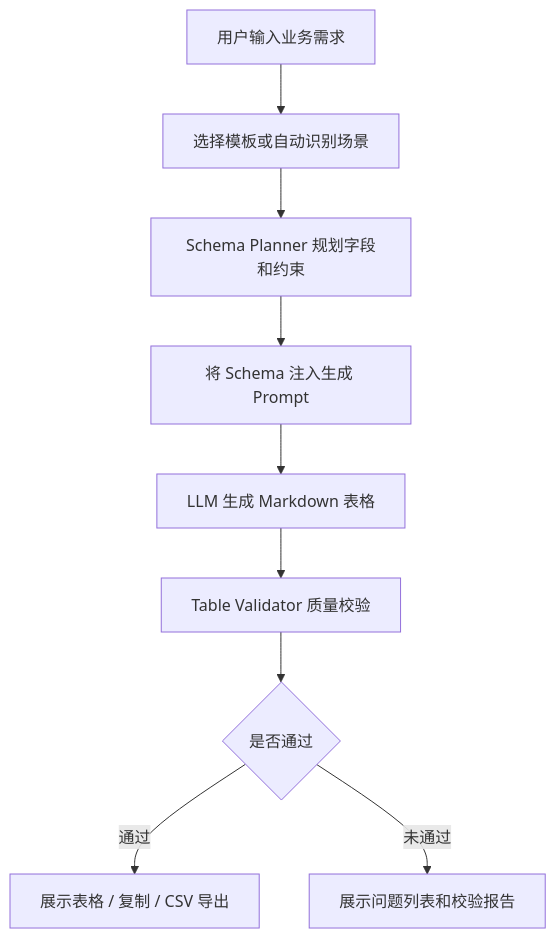
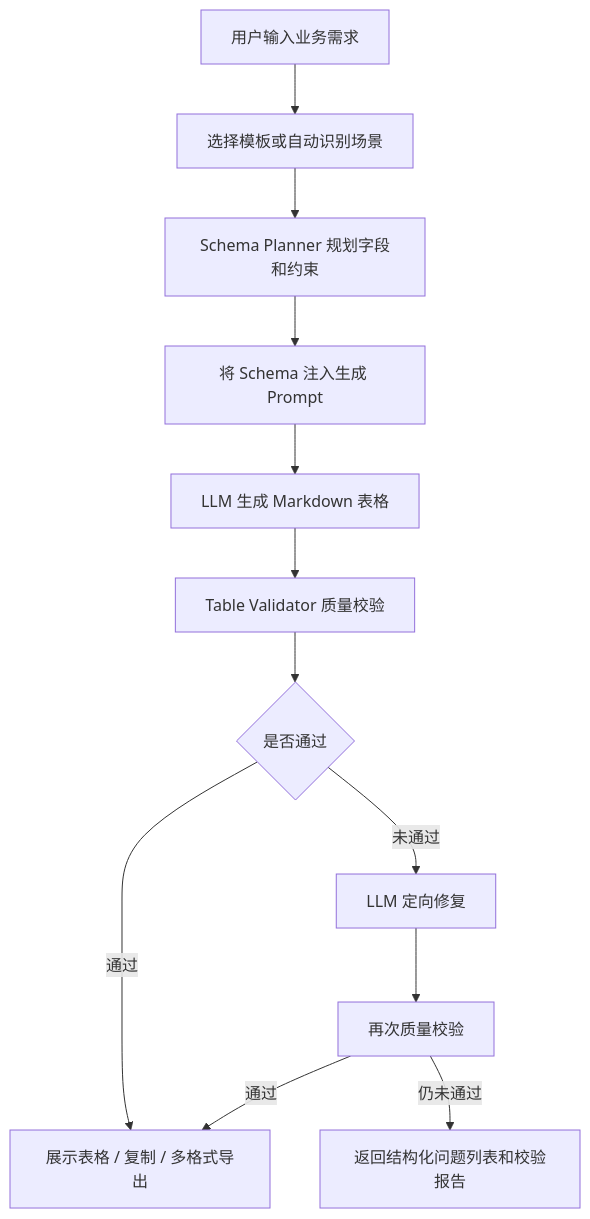
One commit to xhuandy666/LLM changed the first of 2 diagrams in README.md. Above: the diagram before and after it, drawn with Mermaid. The commit also changed other lines of this file and 16 other files, not shown here.

````diff
--- a/README.md
+++ b/README.md
@@ -24,11 +26,14 @@
 ```mermaid
 flowchart TD
     A["用户输入业务需求"] --> B["选择模板或自动识别场景"]
     B --> C["Schema Planner 规划字段和约束"]
     C --> D["将 Schema 注入生成 Prompt"]
     D --> E["LLM 生成 Markdown 表格"]
     E --> F["Table Validator 质量校验"]
     F --> G{"是否通过"}
-    G -- "通过" --> H["展示表格 / 复制 / CSV 导出"]
-    G -- "未通过" --> I["展示问题列表和校验报告"]
+    G -- "通过" --> H["展示表格 / 复制 / 多格式导出"]
+    G -- "未通过" --> I["LLM 定向修复"]
+    I --> J["再次质量校验"]
+    J -- "通过" --> H
+    J -- "仍未通过" --> K["返回结构化问题列表和校验报告"]
 ```
````
